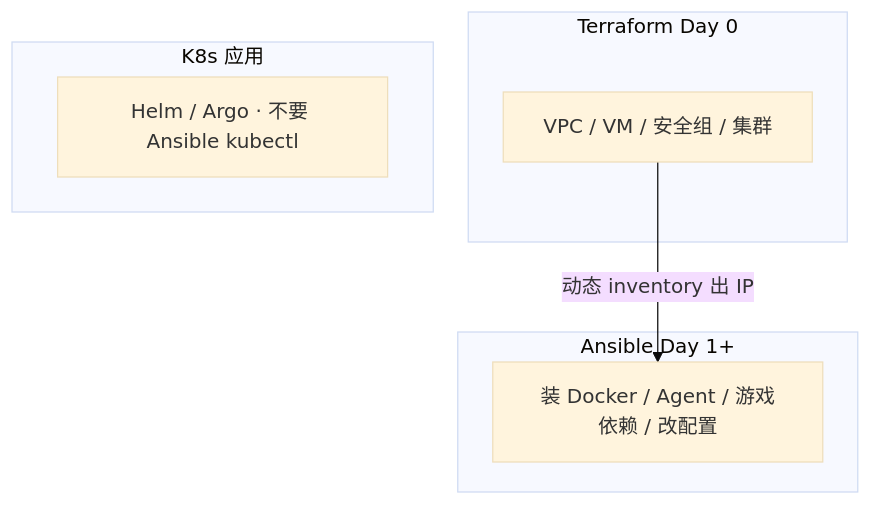
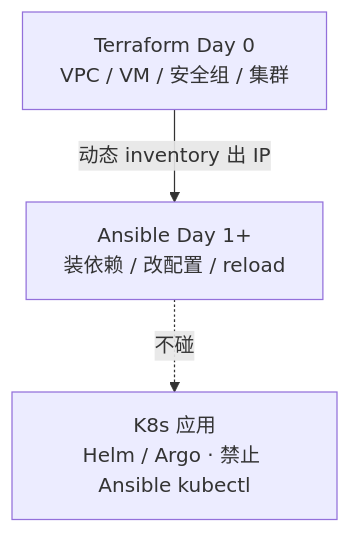
Before and after one commit to ml-cuizijun/LearnToLilith: the second of 4 diagrams in 04-工程化与自动化/06-Ansible/知识点.md, drawn with Mermaid. The commit also changed other lines of this file and 178 other files, not shown here.

````diff
--- a/04-工程化与自动化/06-Ansible/知识点.md
+++ b/04-工程化与自动化/06-Ansible/知识点.md
@@ -124,19 +274,5 @@
 ```mermaid
-%%{init: {"flowchart": {"padding": 16, "nodeSpacing": 36, "rankSpacing": 48}, "theme": "base"}}%%
 flowchart TB
-    subgraph tf ["Terraform Day 0"]
-        t1[VPC / VM / 安全组 / 集群]
-    end
-    subgraph an ["Ansible Day 1+"]
-        a1[装 Docker / Agent / 游戏依赖 / 改配置]
-    end
-    subgraph k8s ["K8s 应用"]
-        k1[Helm / Argo · 不要 Ansible kubectl]
-    end
-    t1 -->|"动态 inventory 出 IP"| a1
-
-    class t1 tfC
-    class a1 anC
-    class k1 kC
-
+    tf["Terraform Day 0<br/>VPC / VM / 安全组 / 集群"] -->|"动态 inventory 出 IP"| an["Ansible Day 1+<br/>装依赖 / 改配置 / reload"]
+    an -.->|不碰| k8s["K8s 应用<br/>Helm / Argo · 禁止 Ansible kubectl"]
 ```
````
